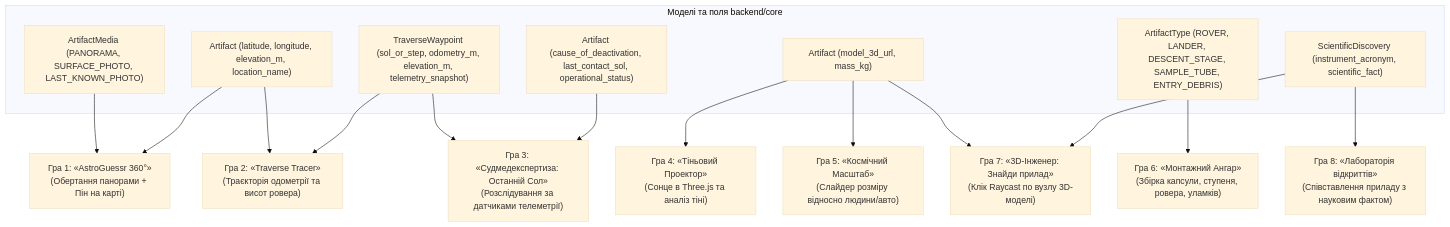
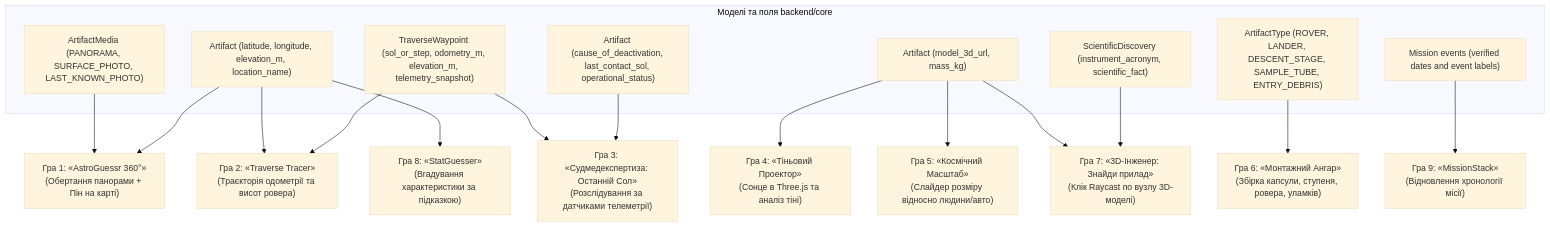
One commit to JekVolk/CosmoLost changed the second of 2 diagrams in business/spec/04_features/FEAT-10_deductive_game_and_containers.md. Above: the diagram before and after it, drawn with Mermaid (base theme). The commit also changed other lines of this file, not shown here.

````diff
--- a/business/spec/04_features/FEAT-10_deductive_game_and_containers.md
+++ b/business/spec/04_features/FEAT-10_deductive_game_and_containers.md
@@ -78,21 +109,23 @@
 ```mermaid
 flowchart TD
     subgraph CoreDB ["Моделі та поля backend/core"]
         M1["ArtifactMedia (PANORAMA, SURFACE_PHOTO, LAST_KNOWN_PHOTO)"]
         M2["Artifact (latitude, longitude, elevation_m, location_name)"]
         M3["TraverseWaypoint (sol_or_step, odometry_m, elevation_m, telemetry_snapshot)"]
         M4["Artifact (cause_of_deactivation, last_contact_sol, operational_status)"]
         M5["Artifact (model_3d_url, mass_kg)"]
         M6["ArtifactType (ROVER, LANDER, DESCENT_STAGE, SAMPLE_TUBE, ENTRY_DEBRIS)"]
         M7["ScientificDiscovery (instrument_acronym, scientific_fact)"]
+        M8["Mission events (verified dates and event labels)"]
     end
 
     M1 & M2 --> G1["Гра 1: «AstroGuessr 360°»<br/>(Обертання панорами + Пін на карті)"]
     M2 & M3 --> G2["Гра 2: «Traverse Tracer»<br/>(Траєкторія одометрії та висот ровера)"]
     M3 & M4 --> G3["Гра 3: «Судмедекспертиза: Останній Сол»<br/>(Розслідування за датчиками телеметрії)"]
     M5 --> G4["Гра 4: «Тіньовий Проектор»<br/>(Сонце в Three.js та аналіз тіні)"]
     M5 --> G5["Гра 5: «Космічний Масштаб»<br/>(Слайдер розміру відносно людини/авто)"]
     M6 --> G6["Гра 6: «Монтажний Ангар»<br/>(Збірка капсули, ступеня, ровера, уламків)"]
     M5 & M7 --> G7["Гра 7: «3D-Інженер: Знайди прилад»<br/>(Клік Raycast по вузлу 3D-моделі)"]
-    M7 --> G8["Гра 8: «Лабораторія відкриттів»<br/>(Співставлення приладу з науковим фактом)"]
+    M2 --> G8["Гра 8: «StatGuesser»<br/>(Вгадування характеристики за підказкою)"]
+    M8 --> G9["Гра 9: «MissionStack»<br/>(Відновлення хронології місії)"]
 ```
````
